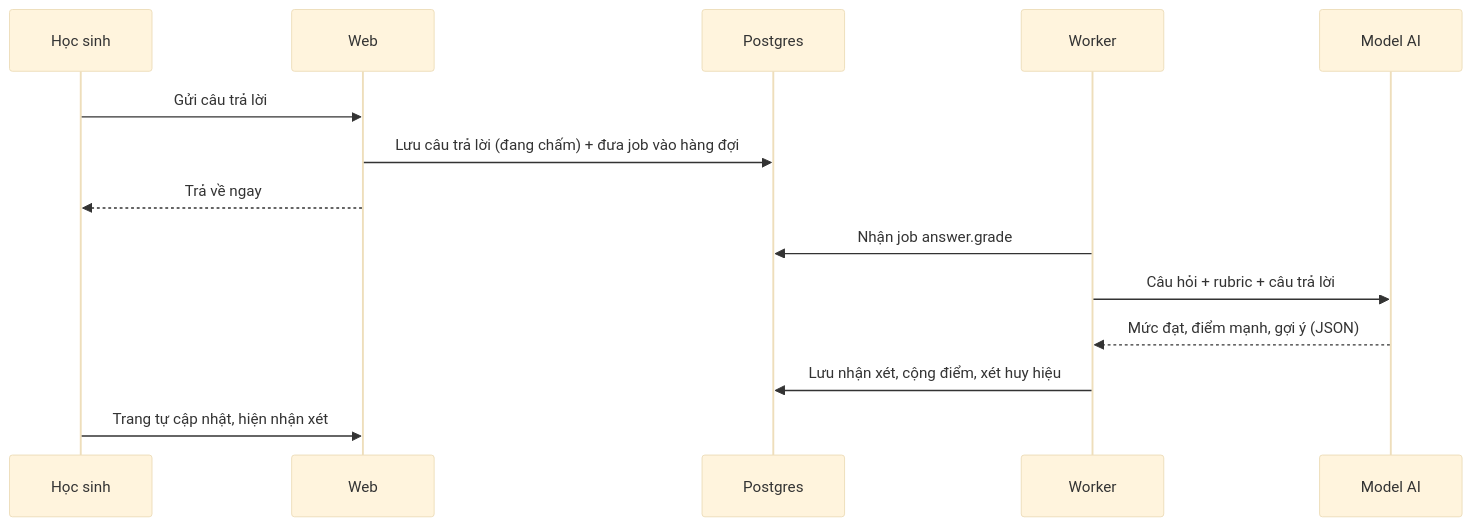
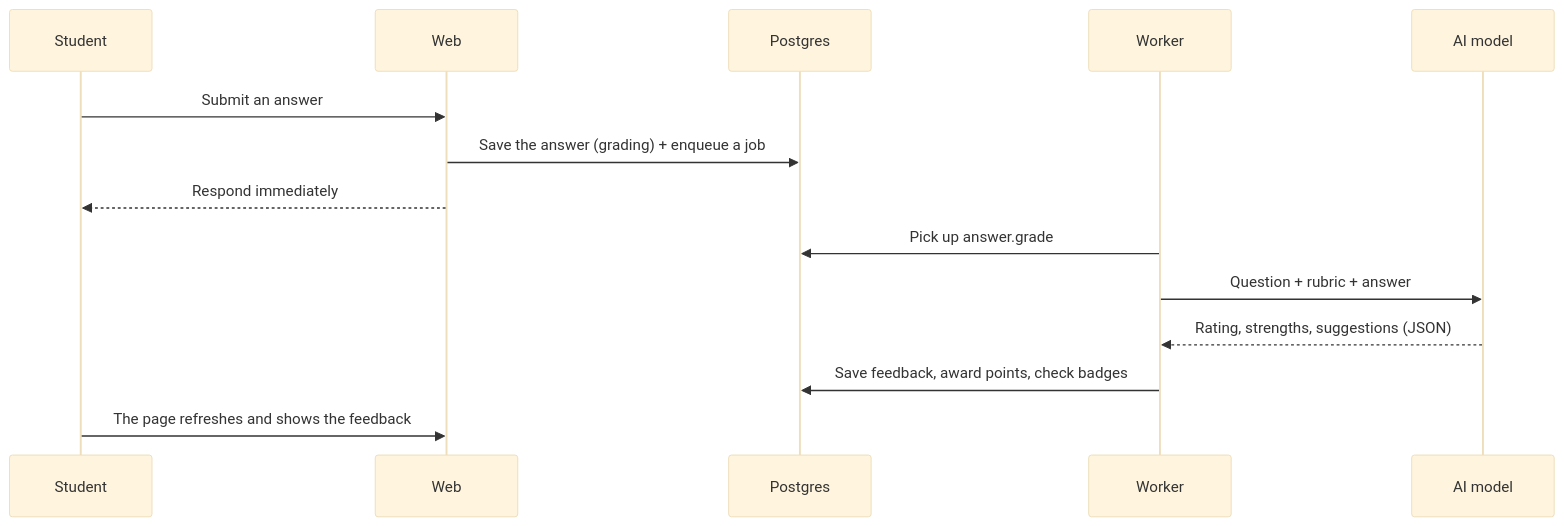
The second of 2 diagrams in docs/architecture.md (xuan-tu-ai/Readly), drawn with Mermaid (base theme) before and after one commit. The commit also changed other lines of this file and 9 other files, not shown here.

````diff
--- a/docs/architecture.md
+++ b/docs/architecture.md
@@ -31,16 +33,16 @@
 ```mermaid
 sequenceDiagram
-    participant HS as Học sinh
+    participant S as Student
     participant Web
     participant DB as Postgres
     participant Worker
-    participant AI as Model AI
-    HS->>Web: Gửi câu trả lời
-    Web->>DB: Lưu câu trả lời (đang chấm) + đưa job vào hàng đợi
-    Web-->>HS: Trả về ngay
-    Worker->>DB: Nhận job answer.grade
-    Worker->>AI: Câu hỏi + rubric + câu trả lời
-    AI-->>Worker: Mức đạt, điểm mạnh, gợi ý (JSON)
-    Worker->>DB: Lưu nhận xét, cộng điểm, xét huy hiệu
-    HS->>Web: Trang tự cập nhật, hiện nhận xét
+    participant AI as AI model
+    S->>Web: Submit an answer
+    Web->>DB: Save the answer (grading) + enqueue a job
+    Web-->>S: Respond immediately
+    Worker->>DB: Pick up answer.grade
+    Worker->>AI: Question + rubric + answer
+    AI-->>Worker: Rating, strengths, suggestions (JSON)
+    Worker->>DB: Save feedback, award points, check badges
+    S->>Web: The page refreshes and shows the feedback
 ```
````
